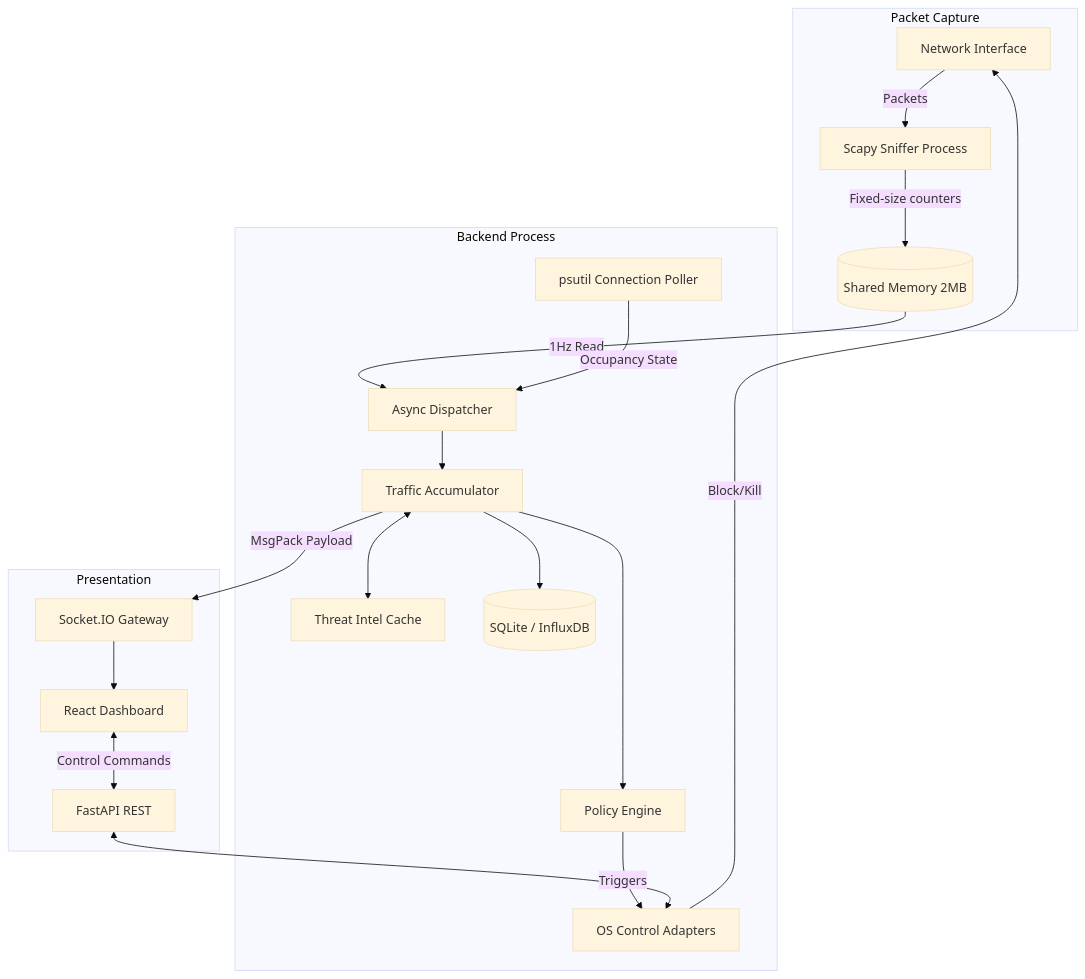
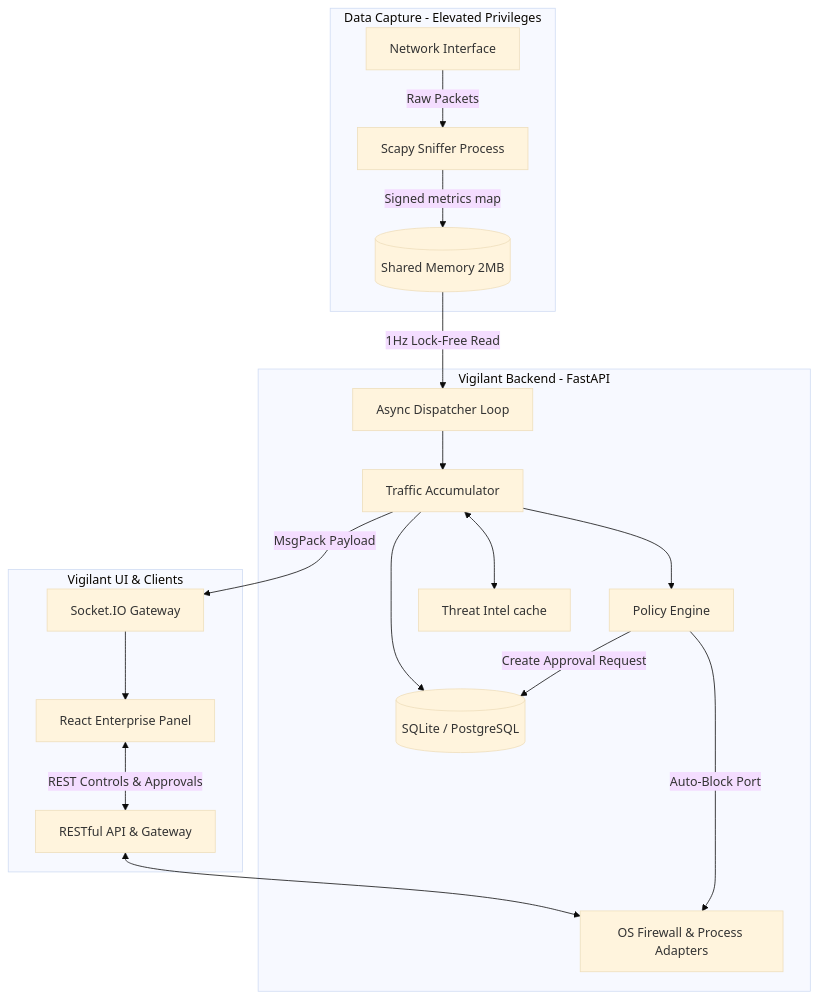
Before and after one commit to jivi001/Port-Sentinel: the diagram in README.md, drawn with Mermaid (base theme). The commit also changed other lines of this file and 59 other files, not shown here.

Commit message:
implement full-stack Port-Sentinel application architecture with FastAPI backend and React frontend

````diff
--- a/README.md
+++ b/README.md
@@ -52,43 +33,41 @@
 ```mermaid
 graph TD
-    subgraph Data Plane [Packet Capture]
+    subgraph Data Capture Plane [Data Capture - Elevated Privileges]
         NIC[Network Interface]
         SCAPY[Scapy Sniffer Process]
         SHM[(Shared Memory 2MB)]
     end
 
-    subgraph Control Plane [Backend Process]
-        PS[psutil Connection Poller]
-        DISP[Async Dispatcher]
+    subgraph Control Plane [Vigilant Backend - FastAPI]
+        DISP[Async Dispatcher Loop]
         MET[Traffic Accumulator]
         POL[Policy Engine]
-        THREAT[Threat Intel Cache]
-        SQL[(SQLite / InfluxDB)]
-        OS[OS Control Adapters]
+        THREAT[Threat Intel cache]
+        DB[(SQLite / PostgreSQL)]
+        OS[OS Firewall & Process Adapters]
     end
 
-    subgraph Presentation
-        FAST[FastAPI REST]
+    subgraph Presentation Layer [Vigilant UI & Clients]
+        API[RESTful API & Gateway]
         WS[Socket.IO Gateway]
-        UI[React Dashboard]
+        UI[React Enterprise Panel]
     end
 
-    NIC -->|Packets| SCAPY
-    SCAPY -->|Fixed-size counters| SHM
-    SHM -->|1Hz Read| DISP
-    PS -->|Occupancy State| DISP
+    NIC -->|Raw Packets| SCAPY
+    SCAPY -->|Signed metrics map| SHM
+    SHM -->|1Hz Lock-Free Read| DISP
     
     DISP --> MET
     MET <--> THREAT
     MET --> POL
     
-    POL -->|Triggers| OS
-    OS -->|Block/Kill| NIC
+    POL -->|Auto-Block Port| OS
+    POL -->|Create Approval Request| DB
     
-    MET --> SQL
+    MET --> DB
     MET -->|MsgPack Payload| WS
-    FAST <--> OS
+    API <--> OS
     
     WS --> UI
-    UI <-->|Control Commands| FAST
+    UI <-->|REST Controls & Approvals| API
 ```
````
